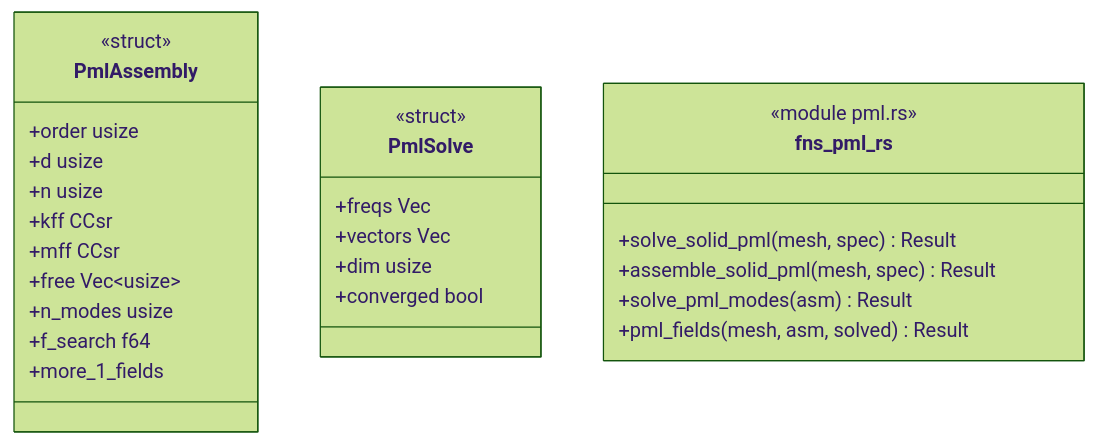
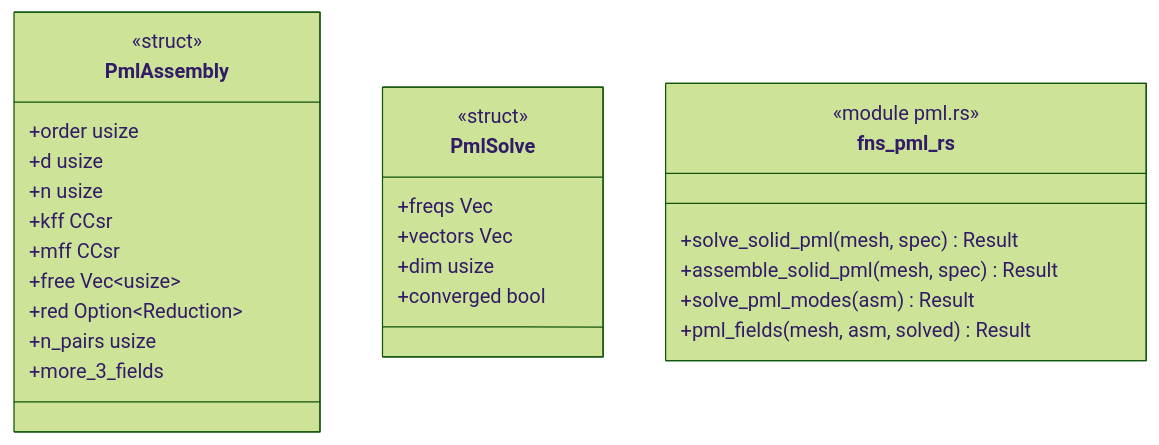
The diagram in docs/architecture/c4/4-code/sms/pml.md (p-j-r/nyx), drawn with Mermaid (forest theme) before and after one commit. The commit also changed other lines of this file and 82 other files, not shown here.

````diff
--- a/docs/architecture/c4/4-code/sms/pml.md
+++ b/docs/architecture/c4/4-code/sms/pml.md
@@ -35,29 +35,29 @@
 ```mermaid
 classDiagram
   class PmlAssembly {
       <<struct>>
       +order usize
       +d usize
       +n usize
       +kff CCsr
       +mff CCsr
       +free Vec~usize~
-      +n_modes usize
-      +f_search f64
-      +more_1_fields
+      +red Option~Reduction~
+      +n_pairs usize
+      +more_3_fields
   }
   class PmlSolve {
       <<struct>>
       +freqs Vec
       +vectors Vec
       +dim usize
       +converged bool
   }
   class fns_pml_rs {
       <<module pml.rs>>
       +solve_solid_pml(mesh, spec) Result
       +assemble_solid_pml(mesh, spec) Result
       +solve_pml_modes(asm) Result
       +pml_fields(mesh, asm, solved) Result
   }
 ```
````
